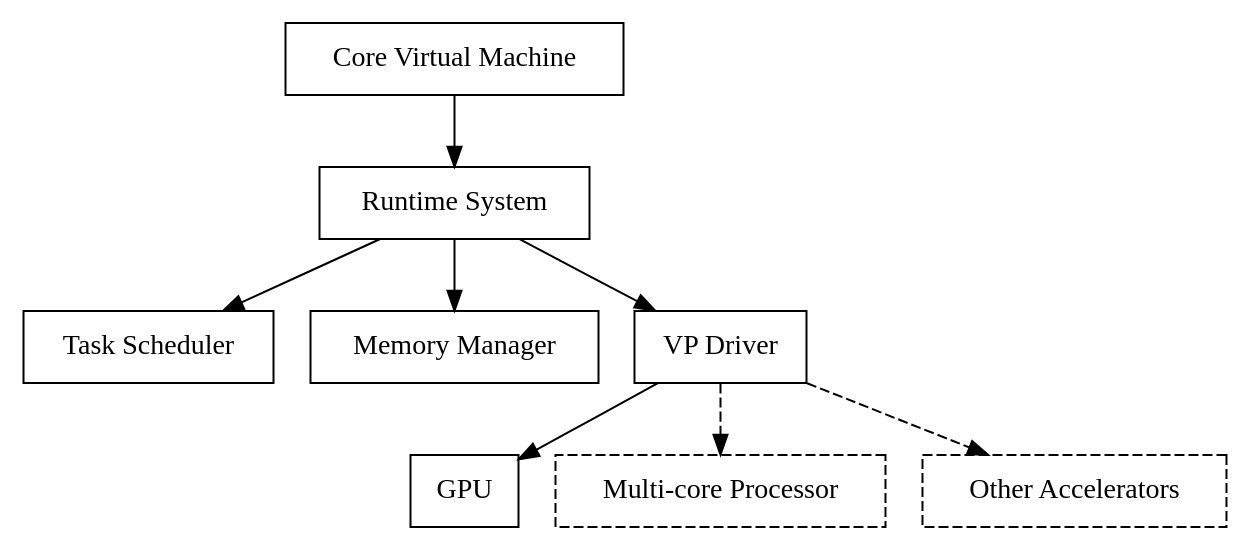
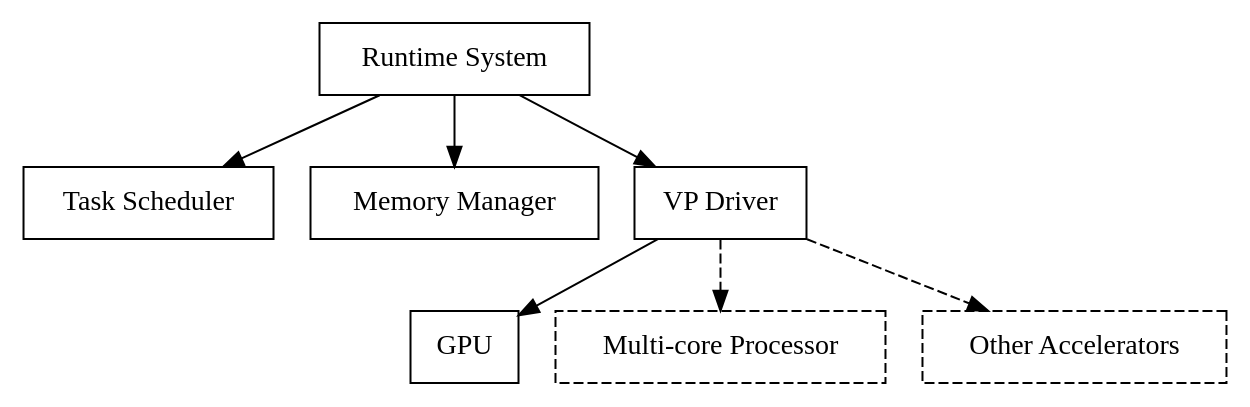
Before and after one commit to pysuxing/master-thesis: the diagram in figures/backend.dot, drawn with Graphviz. The commit also changed 10 other files, not shown here.

```diff
--- a/figures/backend.dot
+++ b/figures/backend.dot
@@ -1,19 +1,19 @@
 digraph G {
         node[shape=box];
-        vm[label="Core Virtual Machine"];
+        // vm[label="Core Virtual Machine"];
         rt[label="Runtime System"];
         scheduler[label="Task Scheduler"];
         rm[label="Memory Manager"];
         driver[label="VP Driver"];
         gpu[label="GPU"];
         cpu[label="Multi-core Processor", style=dashed];
         others[label="Other Accelerators", style=dashed];
 
-        vm -> rt;
+        // vm -> rt;
         rt -> scheduler;
         rt -> rm;
         rt -> driver;
         driver -> gpu;
         driver -> cpu[style=dashed];
         driver -> others[style=dashed];
 }
```
